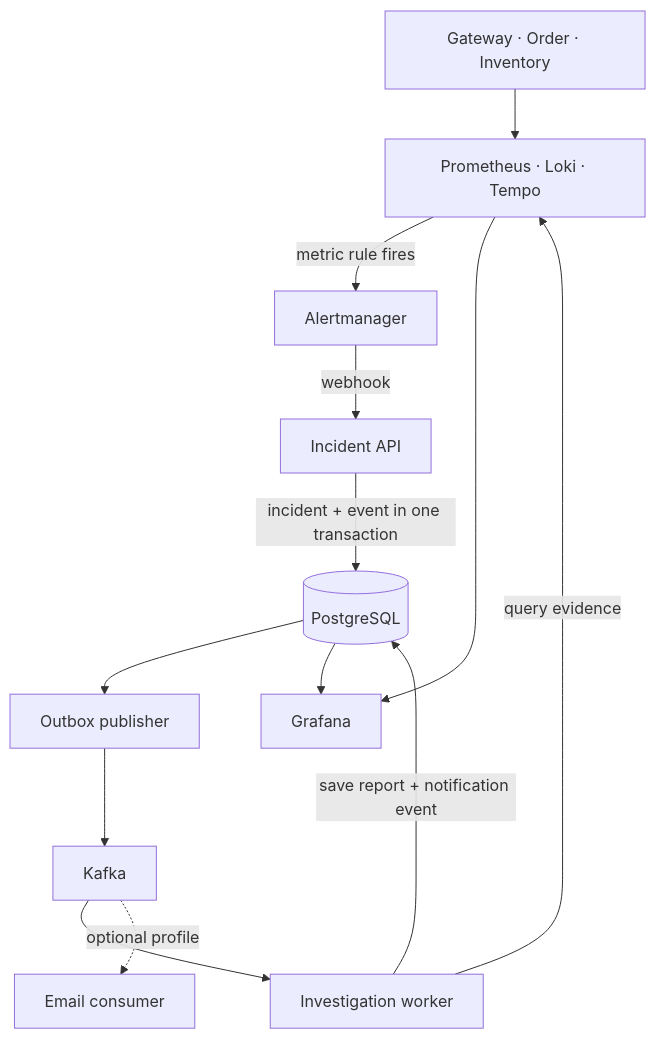
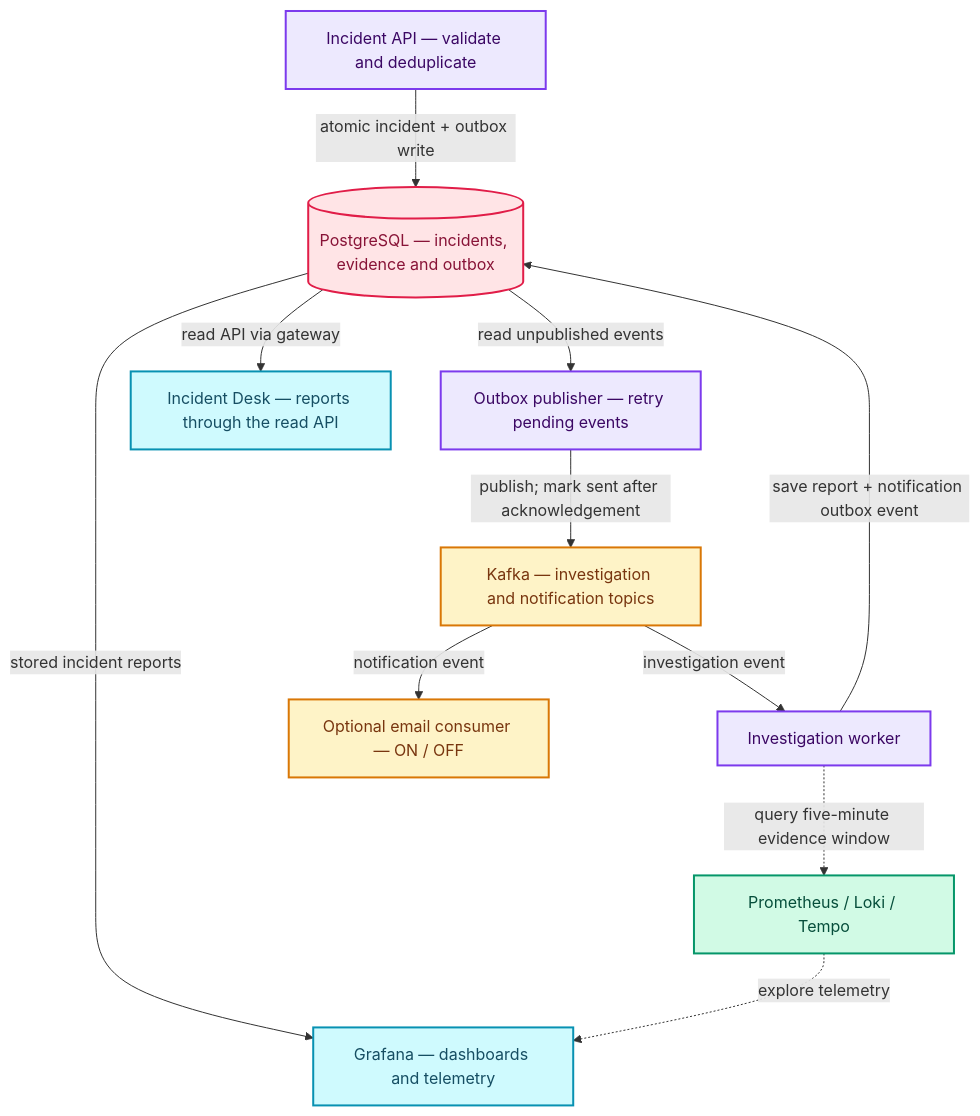
One commit to Abhay123abhi/event-driven-incident-observability changed the second of 2 diagrams in README.md. Above: the diagram before and after it, drawn with Mermaid. The commit also changed other lines of this file, not shown here.

Commit message:
Clarify architecture with colored top-down detection and investigation diagrams

````diff
--- a/README.md
+++ b/README.md
@@ -28,15 +72,34 @@
 ```mermaid
 flowchart TB
-    Workloads["Gateway · Order · Inventory"] --> Telemetry["Prometheus · Loki · Tempo"]
-    Telemetry -->|metric rule fires| Alertmanager
-    Alertmanager -->|webhook| IncidentAPI["Incident API"]
-    IncidentAPI -->|incident + event in one transaction| PostgreSQL[("PostgreSQL")]
-    PostgreSQL --> Outbox["Outbox publisher"]
-    Outbox --> Kafka
-    Kafka --> Worker["Investigation worker"]
-    Worker -->|query evidence| Telemetry
-    Worker -->|save report + notification event| PostgreSQL
-    Kafka -.->|optional profile| Email["Email consumer"]
-    PostgreSQL --> Grafana
-    Telemetry --> Grafana
+    Intake["Incident API — validate and deduplicate"]
+    DB[("PostgreSQL — incidents, evidence and outbox")]
+    Publisher["Outbox publisher — retry pending events"]
+    Kafka["Kafka — investigation and notification topics"]
+    Worker["Investigation worker"]
+    Sources["Prometheus / Loki / Tempo"]
+    Desk["Incident Desk — reports through the read API"]
+    Grafana["Grafana — dashboards and telemetry"]
+    Email["Optional email consumer — ON / OFF"]
+
+    Intake -->|atomic incident + outbox write| DB
+    DB -->|read unpublished events| Publisher
+    Publisher -->|publish; mark sent after acknowledgement| Kafka
+    Kafka -->|investigation event| Worker
+    Worker -.->|query five-minute evidence window| Sources
+    Worker -->|save report + notification outbox event| DB
+    Kafka -->|notification event| Email
+    DB -->|read API via gateway| Desk
+    DB -->|stored incident reports| Grafana
+    Sources -.->|explore telemetry| Grafana
+
+    classDef incident fill:#EDE9FE,stroke:#7C3AED,color:#3B0764,stroke-width:2px
+    classDef storage fill:#FFE4E6,stroke:#E11D48,color:#881337,stroke-width:2px
+    classDef event fill:#FEF3C7,stroke:#D97706,color:#78350F,stroke-width:2px
+    classDef telemetry fill:#D1FAE5,stroke:#059669,color:#064E3B,stroke-width:2px
+    classDef interface fill:#CFFAFE,stroke:#0891B2,color:#164E63,stroke-width:2px
+    class Intake,Publisher,Worker incident
+    class DB storage
+    class Kafka,Email event
+    class Sources telemetry
+    class Desk,Grafana interface
 ```
````
